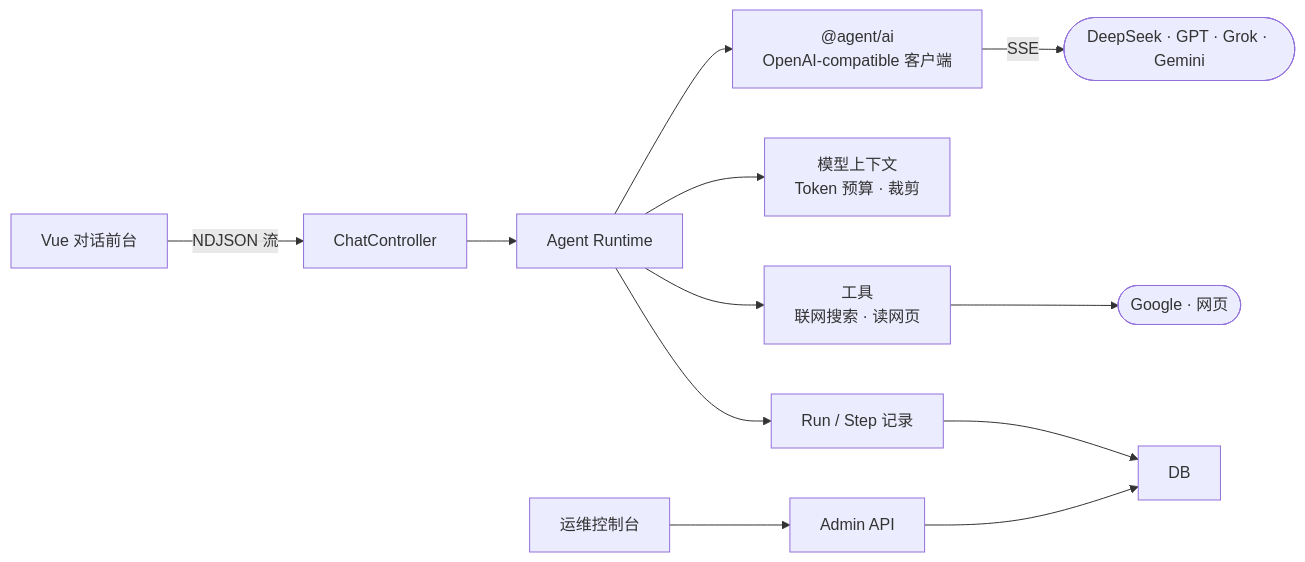
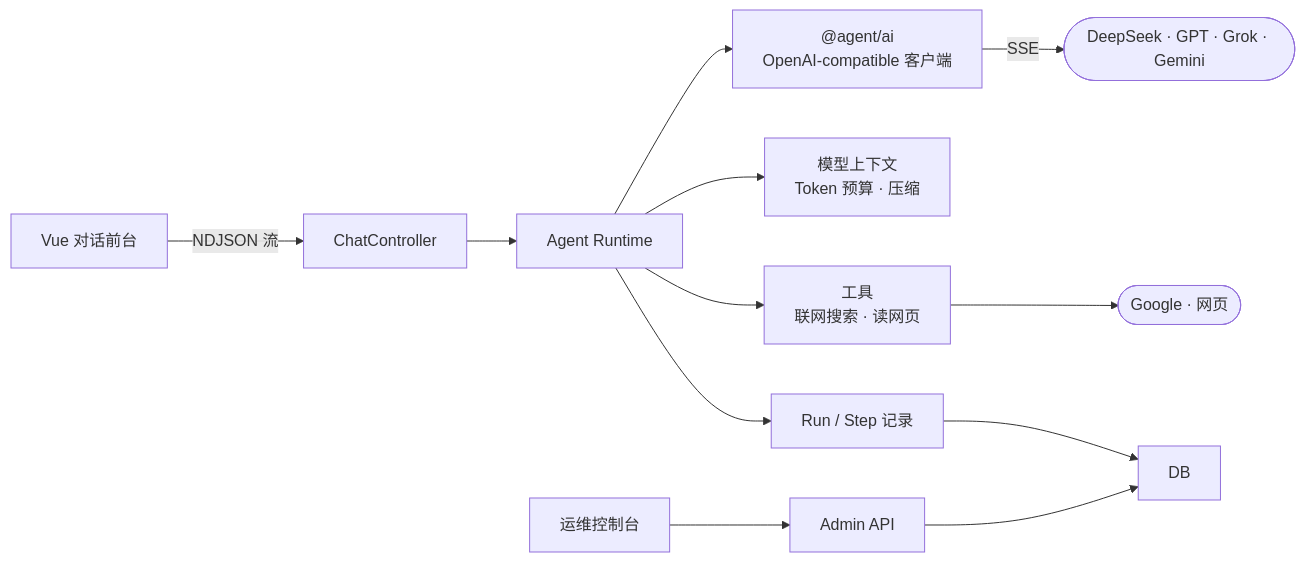
One commit to mufeiyu-ayu/agent changed the diagram in README.zh-CN.md. Above: the diagram before and after it, drawn with Mermaid. The commit also changed other lines of this file and 51 other files, not shown here.

````diff
--- a/README.zh-CN.md
+++ b/README.zh-CN.md
@@ -90,12 +91,12 @@
 ```mermaid
 flowchart LR
     Web[Vue 对话前台] -->|NDJSON 流| API[ChatController]
     Admin[运维控制台] --> AdminAPI[Admin API]
     API --> Runtime[Agent Runtime]
-    Runtime --> Context[模型上下文<br/>Token 预算 · 裁剪]
+    Runtime --> Context[模型上下文<br/>Token 预算 · 压缩]
     Runtime --> LLM["@agent/ai<br/>OpenAI-compatible 客户端"]
     LLM -->|SSE| Providers([DeepSeek · GPT · Grok · Gemini])
     Runtime --> Tools[工具<br/>联网搜索 · 读网页] --> Internet([Google · 网页])
     Runtime --> Recorder[Run / Step 记录] --> DB
     AdminAPI --> DB
 ```
````
